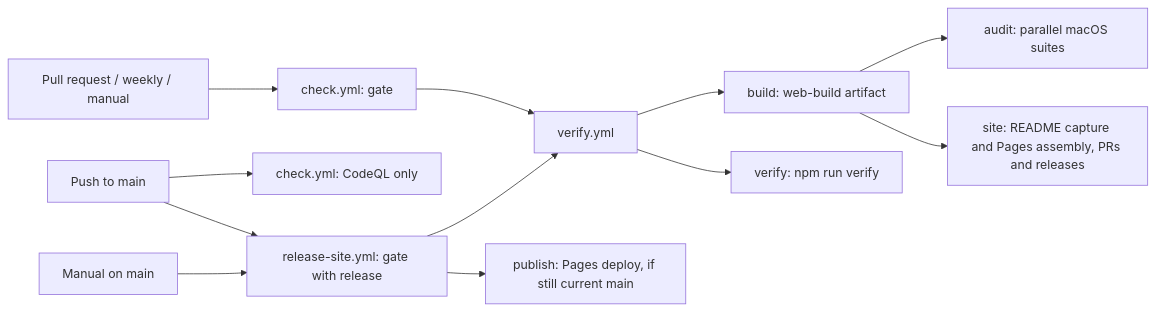
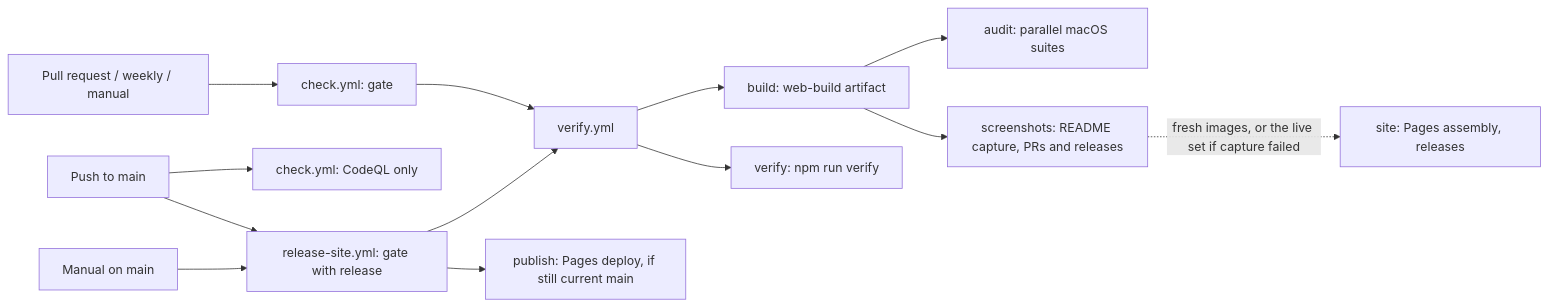
One commit to AlbiDR/FolioDash changed the diagram in docs/operations/github-actions.md. Above: the diagram before and after it, drawn with Mermaid. The commit also changed other lines of this file and 3 other files, not shown here.

First line of the commit message:
ci: publish the site even when README screenshots fail

````diff
--- a/docs/operations/github-actions.md
+++ b/docs/operations/github-actions.md
@@ -24,14 +24,15 @@
 ```mermaid
 flowchart LR
     pr[Pull request / weekly / manual] --> check[check.yml: gate]
     push[Push to main] --> codeql[check.yml: CodeQL only]
     push --> release[release-site.yml: gate with release]
     manual[Manual on main] --> release
     check --> gate[verify.yml]
     release --> gate
     gate --> build[build: web-build artifact]
     build --> audit[audit: parallel macOS suites]
-    build --> site[site: README capture and Pages assembly, PRs and releases]
+    build --> screenshots[screenshots: README capture, PRs and releases]
+    screenshots -. fresh images, or the live set if capture failed .-> site[site: Pages assembly, releases]
     gate --> verify[verify: npm run verify]
     release --> publish[publish: Pages deploy, if still current main]
 ```
````
